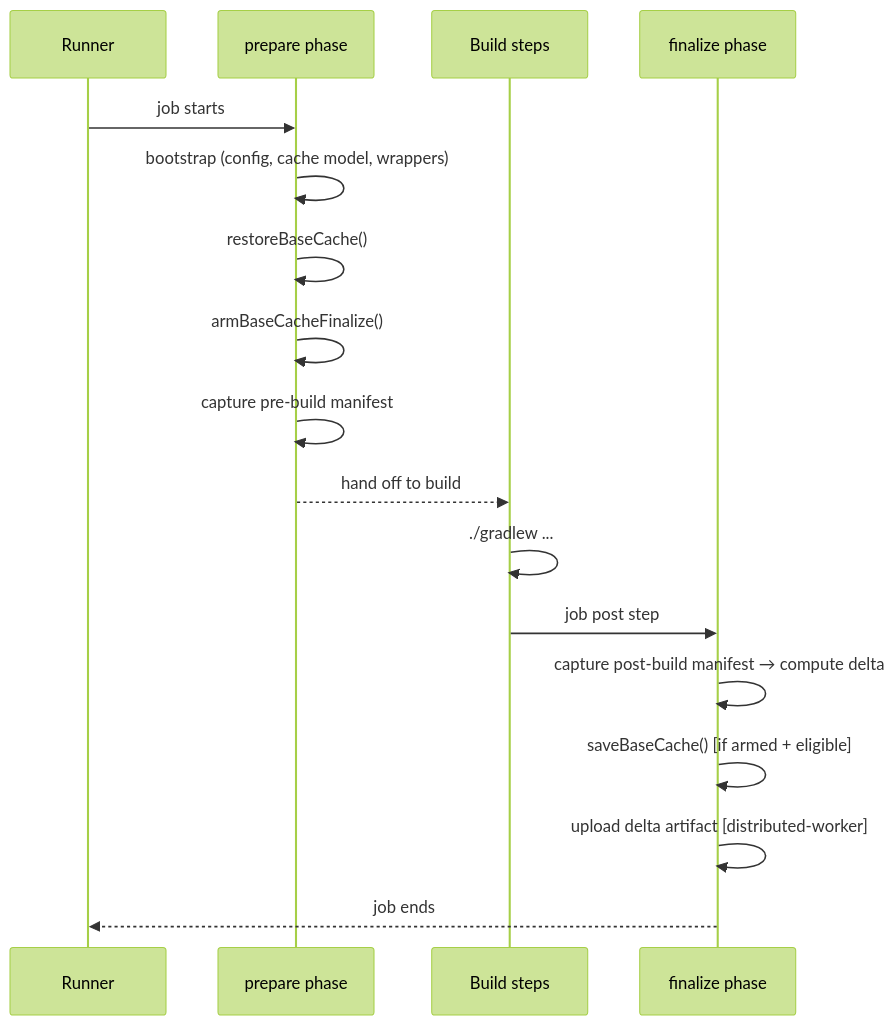
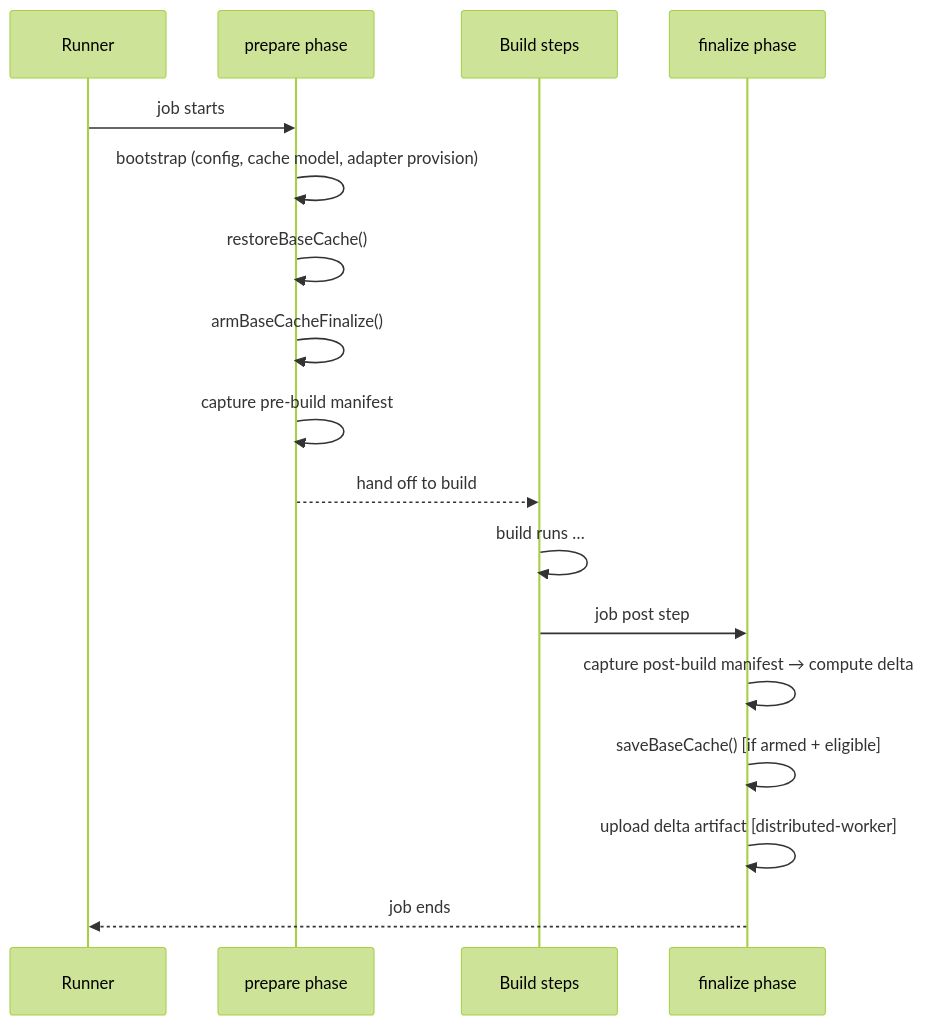
One commit to buildish-tooling/buildish-mammoth-cache changed the first of 3 diagrams in docs/architecture/base-cache.md. Above: the diagram before and after it, drawn with Mermaid (forest theme). The commit also changed other lines of this file and 70 other files, not shown here.

````diff
--- a/docs/architecture/base-cache.md
+++ b/docs/architecture/base-cache.md
@@ -31,20 +31,20 @@
 ```mermaid
 sequenceDiagram
     participant R as Runner
     participant P as prepare phase
     participant B as Build steps
     participant F as finalize phase
 
     R->>P: job starts
-    P->>P: bootstrap (config, cache model, wrappers)
+    P->>P: bootstrap (config, cache model, adapter provision)
     P->>P: restoreBaseCache()
     P->>P: armBaseCacheFinalize()
     P->>P: capture pre-build manifest
     P-->>B: hand off to build
-    B->>B: ./gradlew ...
+    B->>B: build runs …
     B->>F: job post step
     F->>F: capture post-build manifest → compute delta
     F->>F: saveBaseCache() [if armed + eligible]
     F->>F: upload delta artifact [distributed-worker]
     F-->>R: job ends
 ```
````
